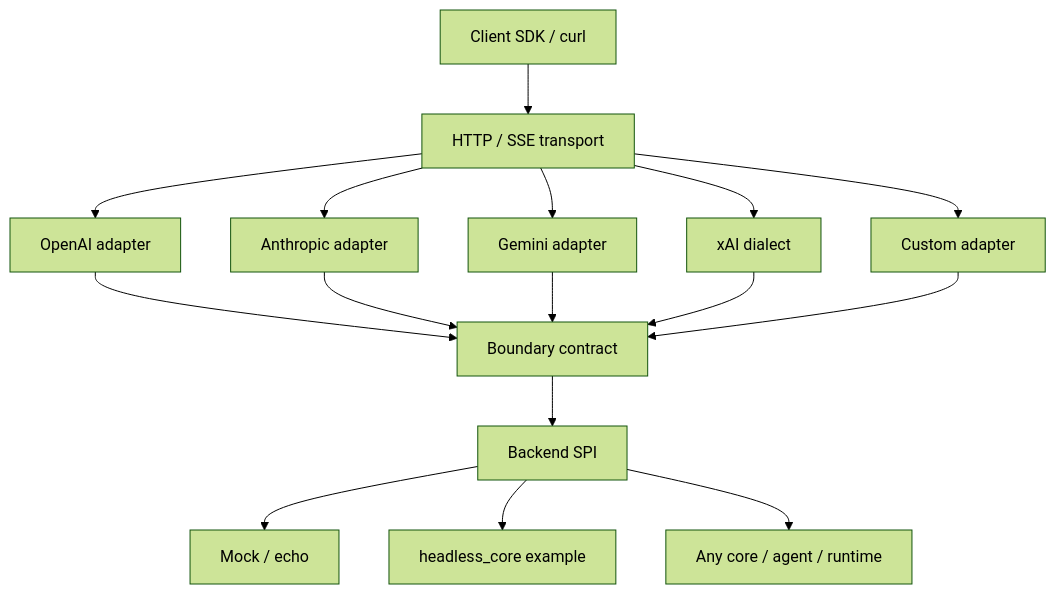
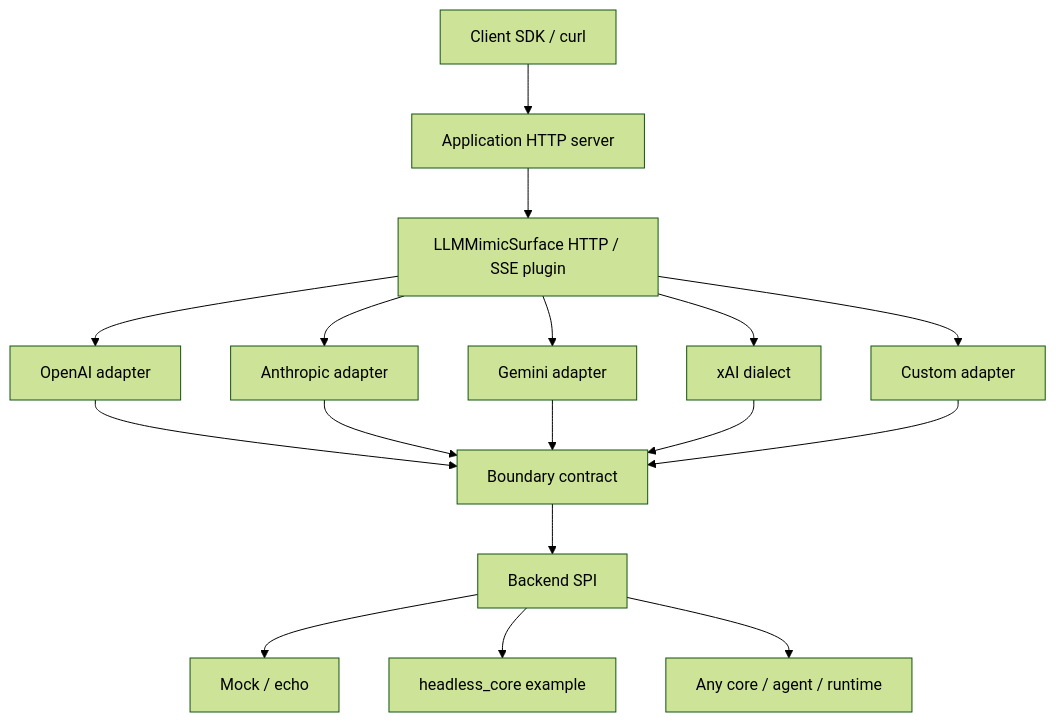
The diagram in docs/architecture.md (taiyop/llm-mimic-surface), drawn with Mermaid (forest theme) before and after one commit. The commit also changed other lines of this file and 30 other files, not shown here.

Commit message:
refactor: make HTTP surface a host-owned plugin

````diff
--- a/docs/architecture.md
+++ b/docs/architecture.md
@@ -26,18 +30,19 @@
 ```mermaid
 flowchart TD
-    Client[Client SDK / curl] --> Transport[HTTP / SSE transport]
+    Client[Client SDK / curl] --> Host[Application HTTP server]
+    Host --> Transport[LLMMimicSurface HTTP / SSE plugin]
     Transport --> OpenAI[OpenAI adapter]
     Transport --> Anthropic[Anthropic adapter]
     Transport --> Gemini[Gemini adapter]
     Transport --> XAI[xAI dialect]
     Transport --> Custom[Custom adapter]
     OpenAI --> Boundary[Boundary contract]
     Anthropic --> Boundary
     Gemini --> Boundary
     XAI --> Boundary
     Custom --> Boundary
     Boundary --> SPI[Backend SPI]
     SPI --> Mock[Mock / echo]
     SPI --> Headless[headless_core example]
     SPI --> Other[Any core / agent / runtime]
 ```
````
